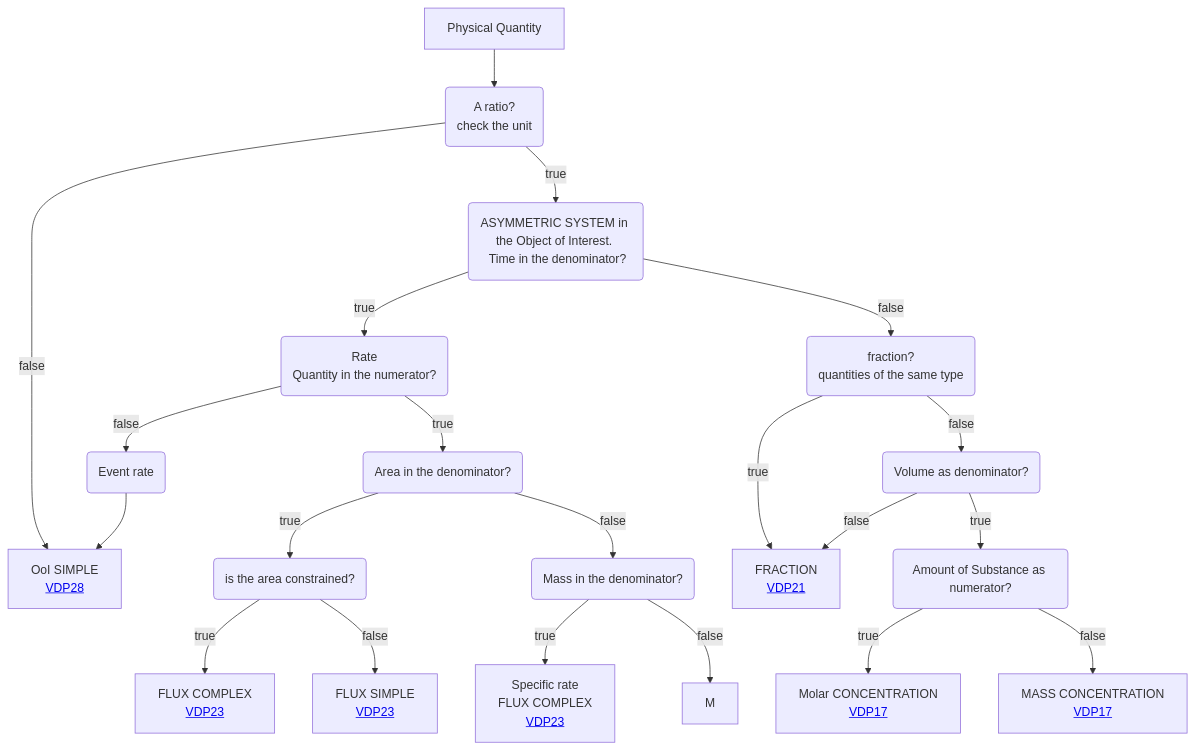
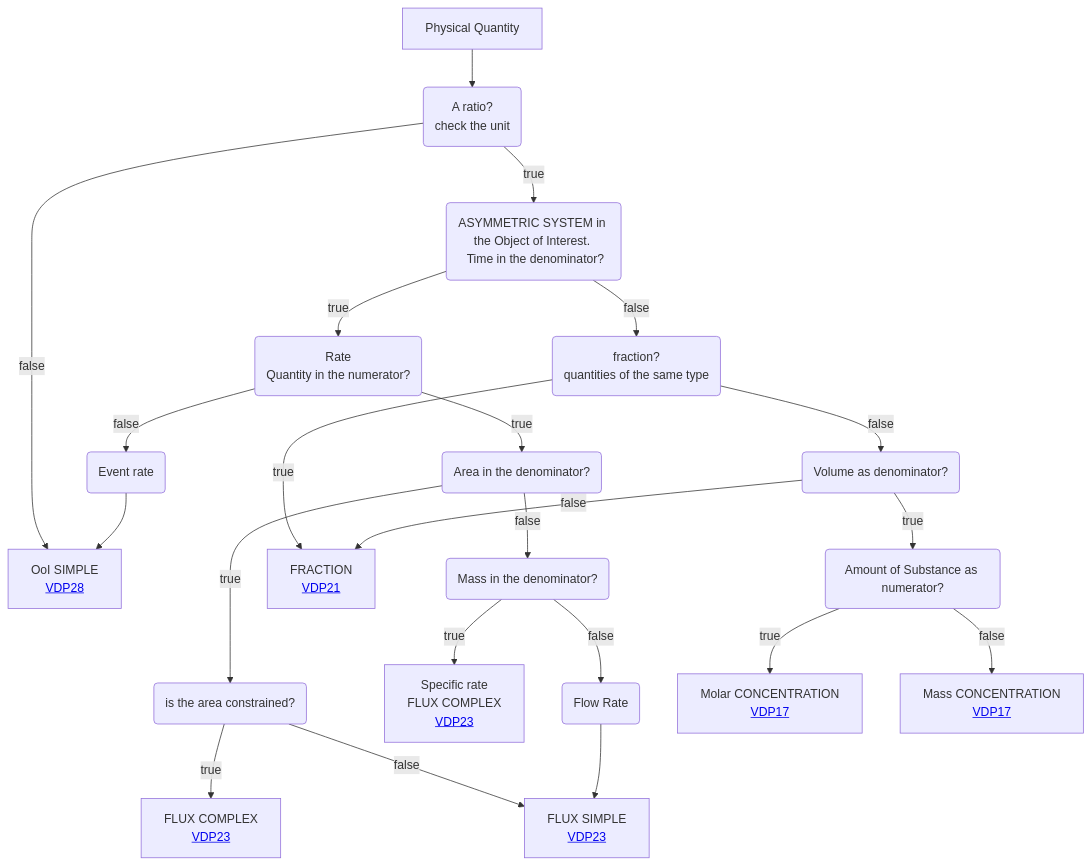
The diagram in Decisition_trees/DT2.mmd (mabablue/I-ADOPT-patterns-playground), drawn with Mermaid before and after one commit.

```diff
--- a/Decisition_trees/DT2.mmd
+++ b/Decisition_trees/DT2.mmd
@@ -1,21 +1,22 @@
 flowchart TD
     A[Physical Quantity] --> B(A ratio?<br>check the unit)
     B --> |true|C(ASYMMETRIC SYSTEM in the Object of Interest. <br> Time in the denominator?) 
     B --> |false|I[OoI SIMPLE <br> <a href='https://github.com/mabablue/I-ADOPT-patterns-playground/blob/main/pattern/VDP28.yaml'>VDP28</a>]
     C --> |true|N(Rate <br> Quantity in the numerator?)
     C --> |false|D(fraction? <br> quantities of the same type)
     E --> |true|F(is the area constrained?)
     E --> |false|K(Mass in the denominator?) 
     F --> |true|G[FLUX COMPLEX <br> <a href='https://github.com/mabablue/I-ADOPT-patterns-playground/blob/main/pattern/VDP23.yaml'>VDP23</a>]
     F --> |false|H[FLUX SIMPLE <br> <a href='https://github.com/mabablue/I-ADOPT-patterns-playground/blob/main/pattern/VDP18.yaml'>VDP23</a>]
     K --> |true|L[Specific rate <br> FLUX COMPLEX <br> <a href='https://github.com/mabablue/I-ADOPT-patterns-playground/blob/main/pattern/VDP23.yaml'>VDP23</a>]
-    K --> |false|M
+    K --> |false|M(Flow Rate)
+    M --> H
     N --> |true|E(Area in the denominator?)
     N --> |false|O(Event rate)
     O --> I
     D --> |true|J[FRACTION <br> <a href='https://github.com/mabablue/I-ADOPT-patterns-playground/blob/main/pattern/VDP21.yaml'>VDP21</a>]
     D --> |false|P(Volume as denominator?)
     P --> |true|Q(Amount of Substance as numerator?)
     Q --> |true|R[Molar CONCENTRATION <br> <a href='https://github.com/mabablue/I-ADOPT-patterns-playground/blob/main/pattern/VDP17.yaml'>VDP17</a>]
-    Q --> |false|S[MASS CONCENTRATION <br> <a href='https://github.com/mabablue/I-ADOPT-patterns-playground/blob/main/pattern/VDP17.yaml'>VDP17</a>]
+    Q --> |false|S[Mass CONCENTRATION <br> <a href='https://github.com/mabablue/I-ADOPT-patterns-playground/blob/main/pattern/VDP17.yaml'>VDP17</a>]
     P --> |false|J[FRACTION <br> <a href='https://github.com/mabablue/I-ADOPT-patterns-playground/blob/main/pattern/VDP21.yaml'>VDP21</a>]
```
